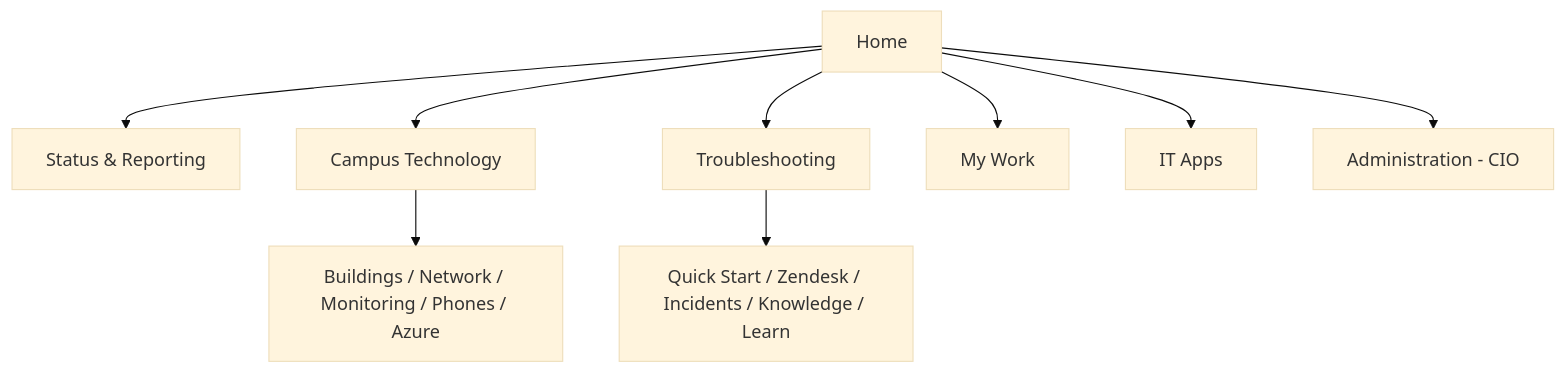
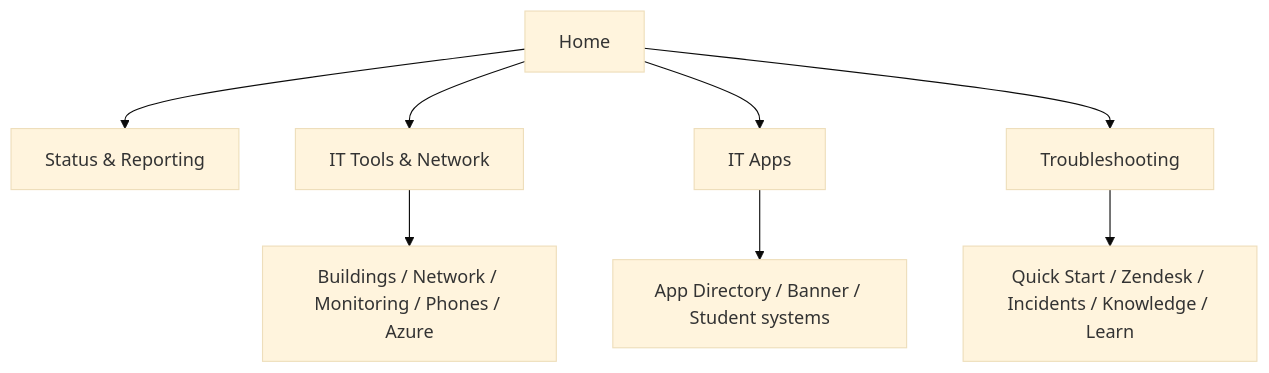
One commit to OlderschCoder/Network-Insight-Hub changed the first of 2 diagrams in docs/campus-operations-navigation.md. Above: the diagram before and after it, drawn with Mermaid (base theme). The commit also changed other lines of this file and 75 other files, not shown here.

````diff
--- a/docs/campus-operations-navigation.md
+++ b/docs/campus-operations-navigation.md
@@ -9,11 +9,10 @@
 ```mermaid
 flowchart TD
     H[Home] --> S[Status & Reporting]
-    H --> B[Campus Technology]
+    H --> B[IT Tools & Network]
+    H --> I[IT Apps]
     H --> T[Troubleshooting]
-    H --> W[My Work]
-    H --> I[IT Apps]
-    H --> A[Administration - CIO]
     B --> N[Buildings / Network / Monitoring / Phones / Azure]
+    I --> A[App Directory / Banner / Student systems]
     T --> Q[Quick Start / Zendesk / Incidents / Knowledge / Learn]
 ```
````
